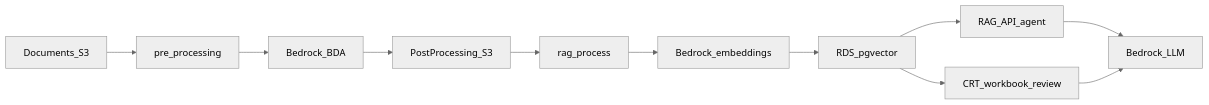
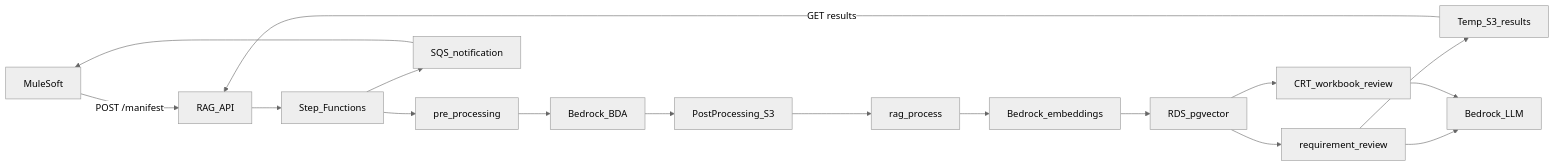
The diagram in services/rag/README.md (Enterprise-CMCS/macsuite-aisuite), drawn with Mermaid (neutral theme) before and after one commit. The commit also changed other lines of this file and 27 other files, not shown here.

````diff
--- a/services/rag/README.md
+++ b/services/rag/README.md
@@ -24,13 +25,19 @@
 ```mermaid
 flowchart LR
-  docsS3[Documents_S3] --> preProcess[pre_processing]
+  mule[MuleSoft] -->|POST /manifest| api[RAG_API]
+  api --> sfn[Step_Functions]
+  sfn --> preProcess[pre_processing]
   preProcess --> bda[Bedrock_BDA]
   bda --> postS3[PostProcessing_S3]
   postS3 --> ragProcess[rag_process]
   ragProcess --> embed[Bedrock_embeddings]
   embed --> pgvector[RDS_pgvector]
-  pgvector --> api[RAG_API_agent]
+  pgvector --> review[requirement_review]
+  review --> resultsS3[Temp_S3_results]
+  sfn --> sqs[SQS_notification]
+  sqs --> mule
+  resultsS3 -->|GET results| api
   pgvector --> crt[CRT_workbook_review]
-  api --> llm[Bedrock_LLM]
+  review --> llm[Bedrock_LLM]
   crt --> llm
 ```
````
